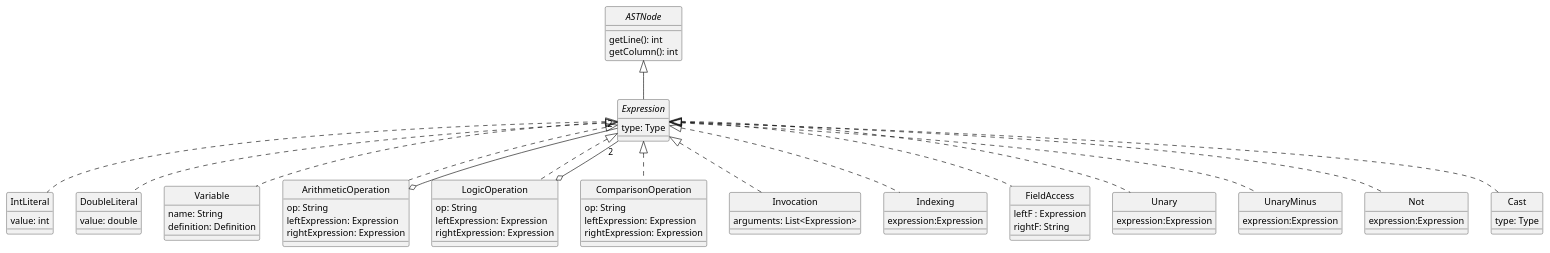
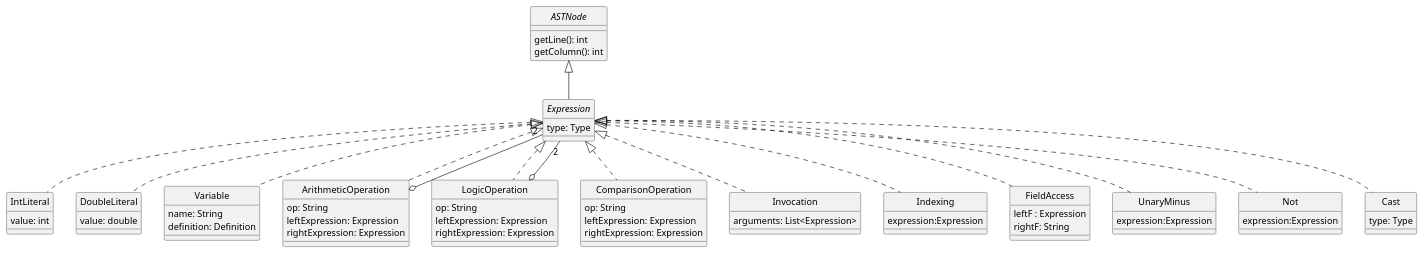
Before and after one commit to uo277440/dlp-compiler: the diagram in docs/diagrams/expressions.plantuml, drawn with PlantUML. The commit also changed 3 other files, not shown here.

```diff
--- a/docs/diagrams/expressions.plantuml
+++ b/docs/diagrams/expressions.plantuml
@@ -1,80 +1,76 @@
 @startuml Expressions
 skinparam style strictuml
 skinparam monochrome true
 
 
 interface ASTNode {
     getLine(): int
     getColumn(): int
 }
 
 interface Expression{
 type: Type
 }
 
 class IntLiteral {
     value: int
 }
 class DoubleLiteral {
     value: double
 }
 
 class Variable{
     name: String
     definition: Definition
 }
 class ArithmeticOperation{
     op: String
     leftExpression: Expression
     rightExpression: Expression
 }
 class LogicOperation{
     op: String
     leftExpression: Expression
     rightExpression: Expression
 }
 class ComparisonOperation{
     op: String
     leftExpression: Expression
     rightExpression: Expression
 }
 class Invocation{
     arguments: List<Expression>
 }
 class Indexing{
 expression:Expression
 }
 class FieldAccess{
 leftF : Expression
 rightF: String
 }
-class Unary{
-expression:Expression
-}
 class UnaryMinus{
 expression:Expression
 }
 class Not{
 expression:Expression
 }
 class Cast{
 type: Type
 }
 ASTNode <|-- Expression
 Expression <|.. IntLiteral
 Expression <|.. Invocation
 Expression <|.. DoubleLiteral
 Expression <|.. Variable
-Expression <|.. Unary
 Expression <|.. Not
 Expression <|.. Cast
 Expression <|.. UnaryMinus
 Expression <|.. ArithmeticOperation
 Expression <|.. Indexing
 Expression <|.. FieldAccess
 Expression <|.. ComparisonOperation
 ArithmeticOperation o-- "2" Expression
 Expression <|.. LogicOperation
 LogicOperation o-- "2" Expression
 
 @enduml
```
